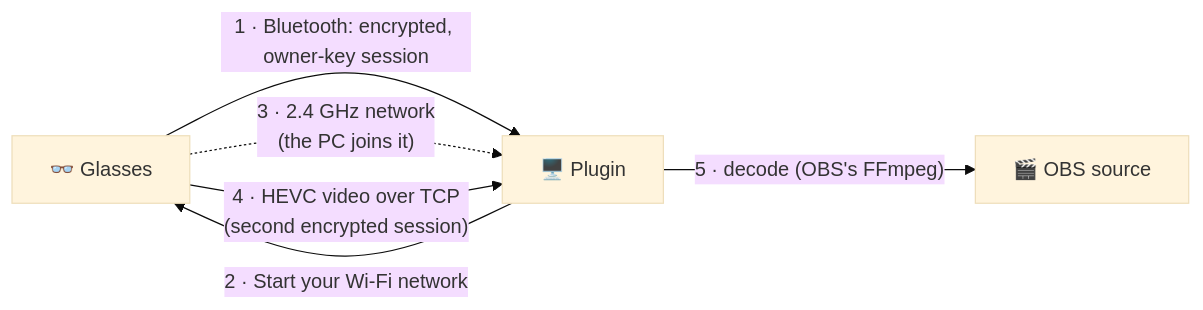
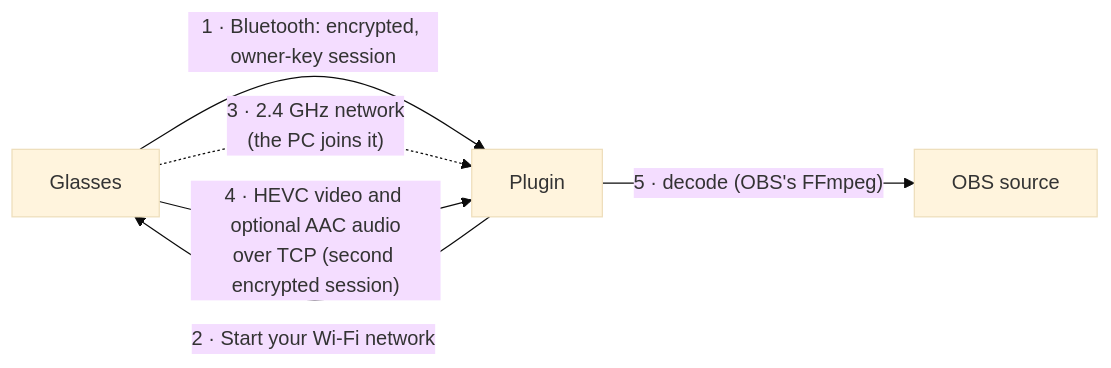
One commit to RandyNorthrup/meta-g-link-direct changed the diagram in README.md. Above: the diagram before and after it, drawn with Mermaid (base theme). The commit also changed other lines of this file and 52 other files, not shown here.

````diff
--- a/README.md
+++ b/README.md
@@ -106,8 +117,8 @@
 ```mermaid
 flowchart LR
-    G["👓 Glasses"] -- "1 · Bluetooth: encrypted, owner-key session" --> P["🖥️ Plugin"]
+    G["Glasses"] -- "1 · Bluetooth: encrypted, owner-key session" --> P["Plugin"]
     P -- "2 · Start your Wi-Fi network" --> G
     G -. "3 · 2.4 GHz network<br/>(the PC joins it)" .-> P
-    G -- "4 · HEVC video over TCP<br/>(second encrypted session)" --> P
-    P -- "5 · decode (OBS's FFmpeg)" --> O["🎬 OBS source"]
+    G -- "4 · HEVC video and optional AAC audio<br/>over TCP (second encrypted session)" --> P
+    P -- "5 · decode (OBS's FFmpeg)" --> O["OBS source"]
 ```
````
